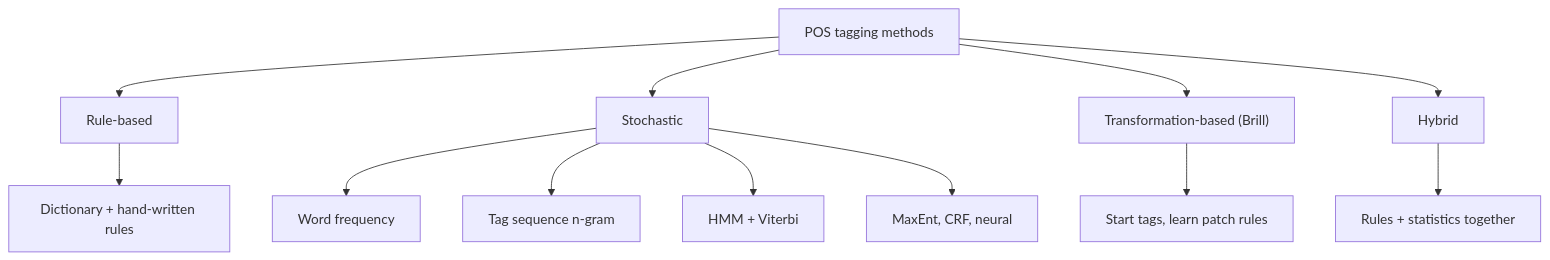
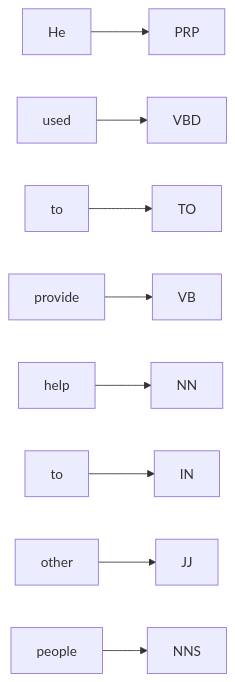
Before and after one commit to TrendySloth1001/sem-seven-notes: the second of 5 diagrams in content/natural-language-processing/notes/pos-tagging.hi.mdx, drawn with Mermaid. The commit also changed other lines of this file and 406 other files, not shown here.

````diff
--- a/content/natural-language-processing/notes/pos-tagging.hi.mdx
+++ b/content/natural-language-processing/notes/pos-tagging.hi.mdx
@@ -278,15 +95,12 @@
 ```mermaid
-%% caption: POS taggers ki families. Rule-based hand-written rules use karta hai; stochastic tagged corpus se probabilities; transformation-based data se rules seekhta hai. Hybrid taggers inhe mila dete hain.
-flowchart TD
-  T["POS tagging methods"] --> R["Rule-based"]
-  T --> S["Stochastic"]
-  T --> TB["Transformation-based (Brill)"]
-  T --> H["Hybrid"]
-  R --> R1["Dictionary + hand-written rules"]
-  S --> S1["Word frequency"]
-  S --> S2["Tag sequence n-gram"]
-  S --> S3["HMM + Viterbi"]
-  S --> S4["MaxEnt, CRF, neural"]
-  TB --> TB1["Start tags, learn patch rules"]
-  H --> H1["Rules + statistics together"]
+%% caption: Sentence ke har word ko tag kaise milta hai.
+flowchart LR
+  A["He"] --> A1["PRP"]
+  B["used"] --> B1["VBD"]
+  C["to"] --> C1["TO"]
+  D["provide"] --> D1["VB"]
+  E["help"] --> E1["NN"]
+  F["to"] --> F1["IN"]
+  G["other"] --> G1["JJ"]
+  H["people"] --> H1["NNS"]
 ```
````
